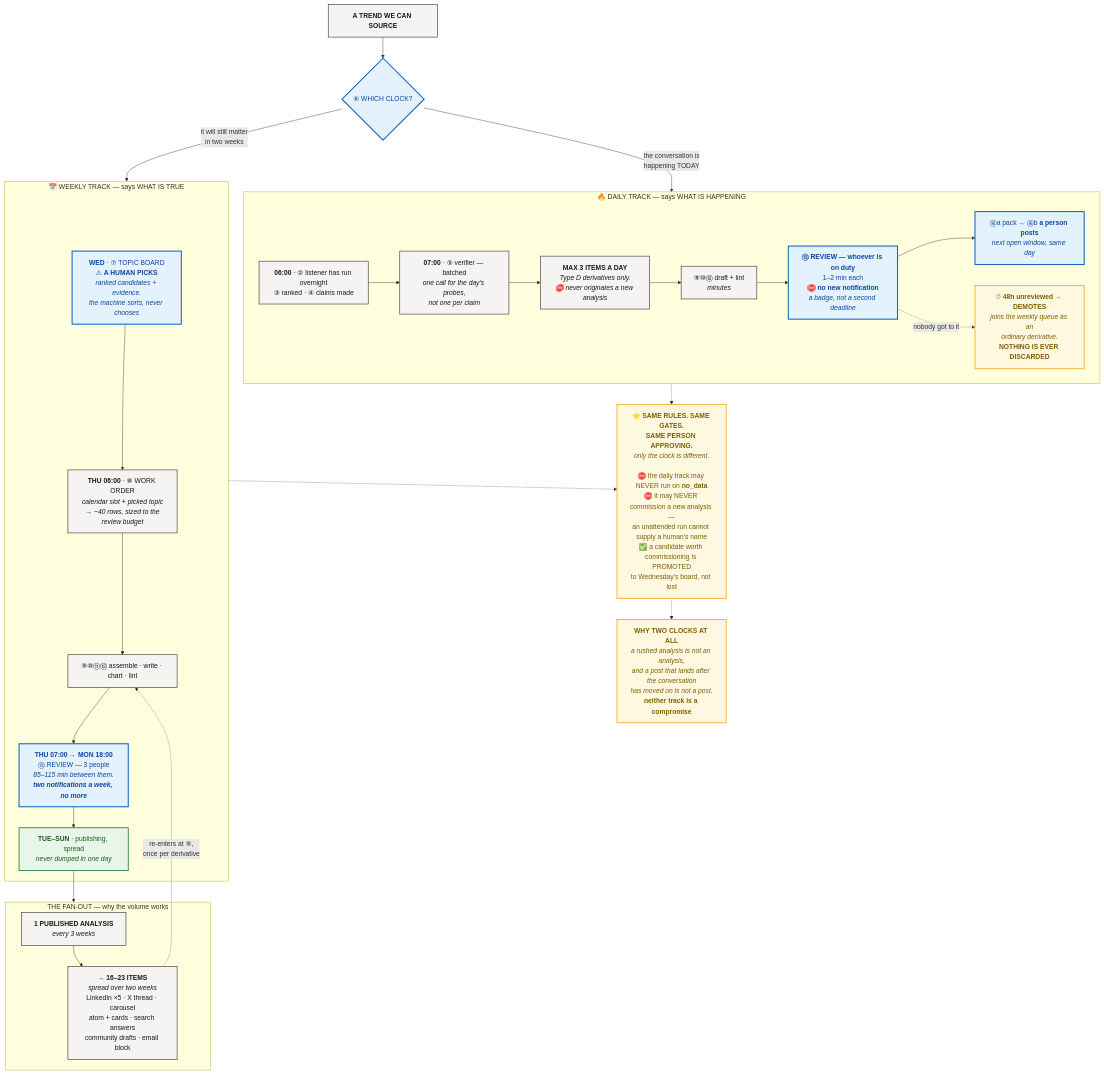
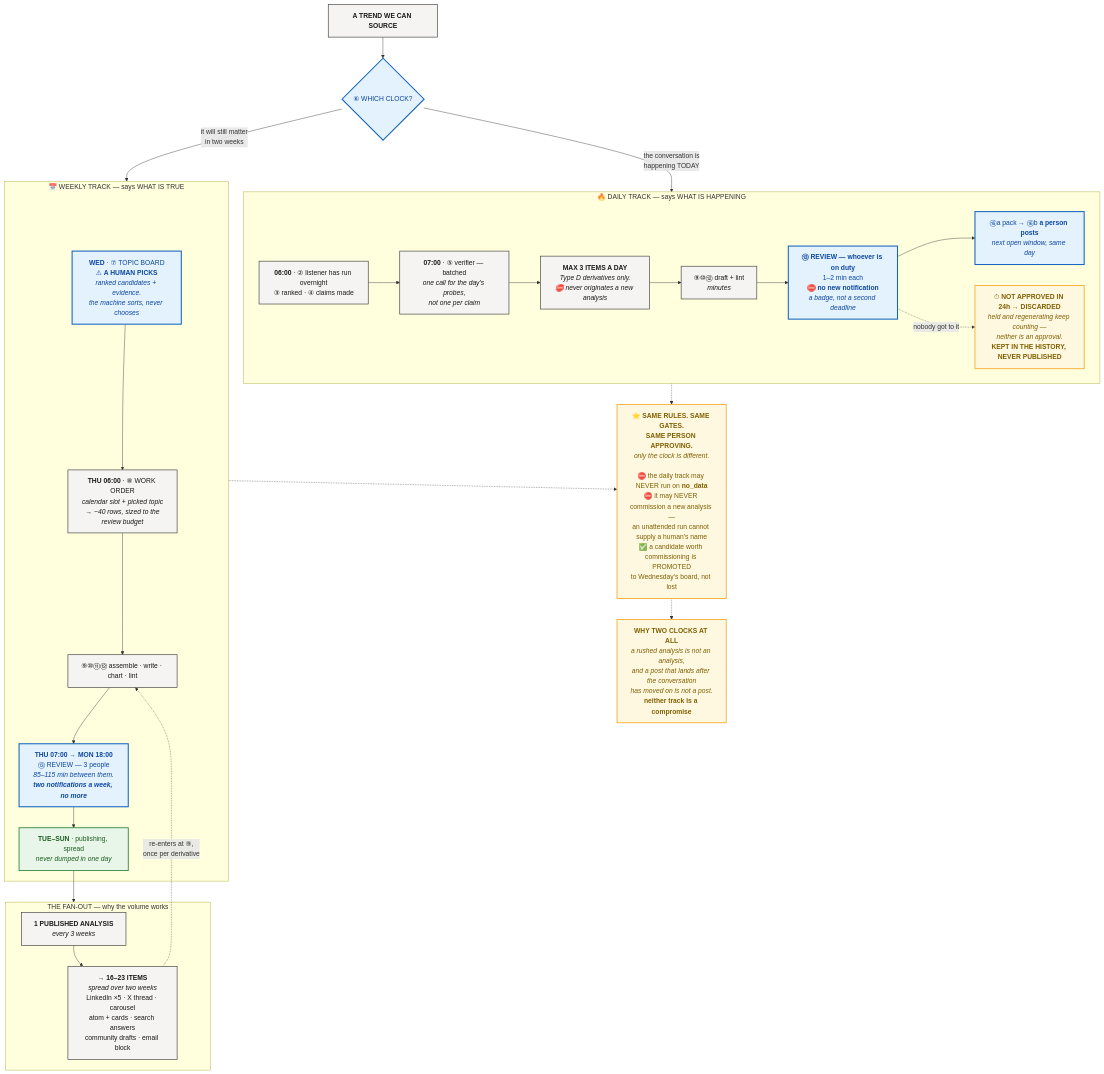
The diagram in docs/gtm/flowcharts/C-clocks.mmd (rathishreya/Caspr), drawn with Mermaid before and after one commit. The commit also changed 36 other files, not shown here.

```diff
--- a/docs/gtm/flowcharts/C-clocks.mmd
+++ b/docs/gtm/flowcharts/C-clocks.mmd
@@ -1,52 +1,52 @@
 flowchart TD
 
 T["<b>A TREND WE CAN SOURCE</b>"]
 T --> SPLIT{"⑥ WHICH CLOCK?"}
 
 subgraph DAY["🔥 DAILY TRACK — says WHAT IS HAPPENING"]
   DA["<b>06:00</b> · ② listener has run overnight<br/>③ ranked · ④ claims made"]
   DB["<b>07:00</b> · ⑤ verifier — batched<br/><i>one call for the day's probes,<br/>not one per claim</i>"]
   DC["<b>MAX 3 ITEMS A DAY</b><br/><i>Type D derivatives only.<br/>⛔ never originates a new analysis</i>"]
   DD["⑨⑩⑫ draft + lint<br/><i>minutes</i>"]
   DE["<b>⑬ REVIEW — whoever is on duty</b><br/>1–2 min each<br/>⛔ <b>no new notification</b><br/><i>a badge, not a second deadline</i>"]
   DF["⑯a pack → ⑯b <b>a person posts</b><br/><i>next open window, same day</i>"]
-  DG["⏱ <b>48h unreviewed → DEMOTES</b><br/><i>joins the weekly queue as an<br/>ordinary derivative.</i><br/><b>NOTHING IS EVER DISCARDED</b>"]
+  DG["⏱ <b>NOT APPROVED IN 24h → DISCARDED</b><br/><i>held and regenerating keep counting —<br/>neither is an approval.</i><br/><b>KEPT IN THE HISTORY, NEVER PUBLISHED</b>"]
   DA --> DB --> DC --> DD --> DE --> DF
   DE -.->|"nobody got to it"| DG
 end
 
 subgraph WK["📅 WEEKLY TRACK — says WHAT IS TRUE"]
   WA["<b>WED</b> · ⑦ TOPIC BOARD<br/>⚠ <b>A HUMAN PICKS</b><br/><i>ranked candidates + evidence.<br/>the machine sorts, never chooses</i>"]
   WB["<b>THU 06:00</b> · ⑧ WORK ORDER<br/><i>calendar slot + picked topic<br/>→ ~40 rows, sized to the<br/>review budget</i>"]
   WC["⑨⑩⑪⑫ assemble · write · chart · lint"]
   WD["<b>THU 07:00 → MON 18:00</b><br/>⑬ REVIEW — 3 people<br/><i>85–115 min between them.<br/><b>two notifications a week, no more</b></i>"]
   WE["<b>TUE–SUN</b> · publishing, spread<br/><i>never dumped in one day</i>"]
   WA --> WB --> WC --> WD --> WE
 end
 
 subgraph FAN["THE FAN-OUT — why the volume works"]
   FA["<b>1 PUBLISHED ANALYSIS</b><br/><i>every 3 weeks</i>"]
   FB["<b>→ 16–23 ITEMS</b><br/><i>spread over two weeks</i><br/>LinkedIn ×5 · X thread · carousel<br/>atom + cards · search answers<br/>community drafts · email block"]
   FA --> FB
 end
 
 SPLIT -->|"the conversation is<br/>happening TODAY"| DAY
 SPLIT -->|"it will still matter<br/>in two weeks"| WK
 WE --> FAN
 FB -.->|"re-enters at ⑨,<br/>once per derivative"| WC
 
 SAME["⭐ <b>SAME RULES. SAME GATES.<br/>SAME PERSON APPROVING.</b><br/><i>only the clock is different.</i><br/><br/>⛔ the daily track may NEVER run on <b>no_data</b><br/>⛔ it may NEVER commission a new analysis —<br/>an unattended run cannot supply a human's name<br/>✅ a candidate worth commissioning is PROMOTED<br/>to Wednesday's board, not lost"]
 DAY -.-> SAME
 WK -.-> SAME
 
 WHY["<b>WHY TWO CLOCKS AT ALL</b><br/><i>a rushed analysis is not an analysis,<br/>and a post that lands after the conversation<br/>has moved on is not a post.</i><br/><b>neither track is a compromise</b>"]
 SAME -.-> WHY
 
 classDef mach fill:#f5f4f2,stroke:#3c3c3a,stroke-width:1.5px,color:#1a1a19
 classDef hum fill:#e3f2fd,stroke:#1565c0,stroke-width:2.5px,color:#0d47a1
 classDef warn fill:#fff8e1,stroke:#f9a825,stroke-width:2px,color:#7f5f00
 classDef good fill:#e8f5e9,stroke:#2e7d32,stroke-width:2px,color:#1b5e20
 class T,DA,DB,DC,DD,WB,WC,FA,FB mach
 class SPLIT,DE,WA,WD,DF hum
 class DG,SAME,WHY warn
 class WE good
```
